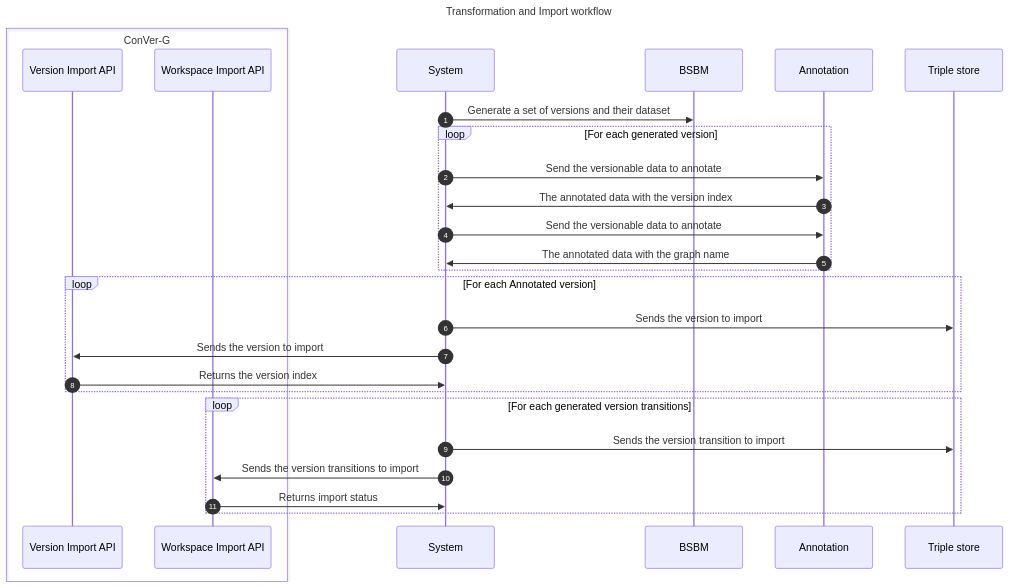
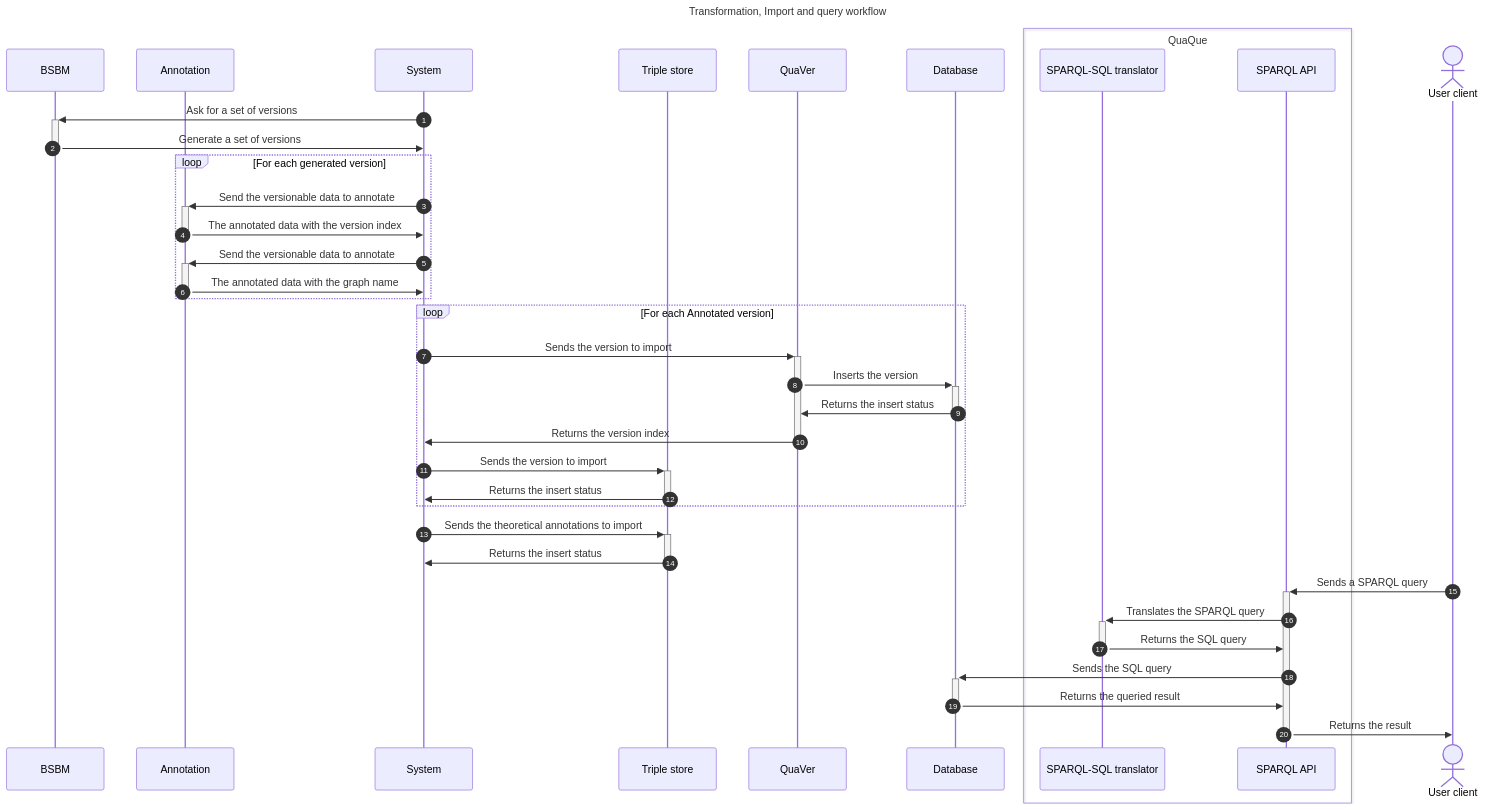
Before and after one commit to VCityTeam/ConVer-G: the fifth of 5 diagrams in Readme.md, drawn with Mermaid. The commit also changed other lines of this file and 335 other files, not shown here.

First line of the commit message:
Leaving SPARQL-to-SQL naming (#14)

````diff
--- a/Readme.md
+++ b/Readme.md
@@ -282,28 +281,47 @@
 ```mermaid
 sequenceDiagram
-    title Transformation and Import workflow
+    title Transformation, Import and query workflow
     autonumber
-    box ConVer-G
-        participant Version Import API
-        participant Workspace Import API
+
+    participant BSBM
+    participant Annotation
+
+    System ->>+ BSBM: Ask for a set of versions
+    BSBM ->>- System: Generate a set of versions
+
+    loop For each generated version
+        System ->>+ Annotation: Send the versionable data to annotate
+        Annotation ->>- System: The annotated data with the version index
+        System ->>+ Annotation: Send the versionable data to annotate
+        Annotation ->>- System: The annotated data with the graph name
     end
+    
+    participant Triple store
 
-    System ->> BSBM: Generate a set of versions and their dataset
-    loop For each generated version
-        System ->> Annotation: Send the versionable data to annotate
-        Annotation ->> System: The annotated data with the version index
-        System ->> Annotation: Send the versionable data to annotate
-        Annotation ->> System: The annotated data with the graph name
+    loop For each Annotated version
+        System ->>+ QuaVer: Sends the version to import
+        QuaVer ->>+ Database: Inserts the version
+        Database ->>- QuaVer: Returns the insert status
+        QuaVer ->>- System: Returns the version index
+        
+        System ->>+ Triple store: Sends the version to import
+        Triple store ->>- System: Returns the insert status
     end
-    loop For each Annotated version
-        System ->> Triple store: Sends the version to import
-        System ->> Version Import API: Sends the version to import
-        Version Import API ->> System: Returns the version index
+    
+    System ->>+ Triple store: Sends the theoretical annotations to import
+    Triple store ->>- System: Returns the insert status
+    
+    box QuaQue
+        participant SPARQL-SQL translator
+        participant SPARQL API
     end
-
-    loop For each generated version transitions
-        System ->> Triple store: Sends the version transition to import
-        System ->> Workspace Import API: Sends the version transitions to import
-        Workspace Import API ->> System: Returns import status
-    end
+    
+    actor User client
+    
+    User client ->>+ SPARQL API: Sends a SPARQL query
+    SPARQL API ->>+ SPARQL-SQL translator: Translates the SPARQL query
+    SPARQL-SQL translator ->>- SPARQL API: Returns the SQL query
+    SPARQL API ->>+ Database: Sends the SQL query
+    Database ->>- SPARQL API: Returns the queried result
+    SPARQL API ->>- User client: Returns the result
 ```
````
